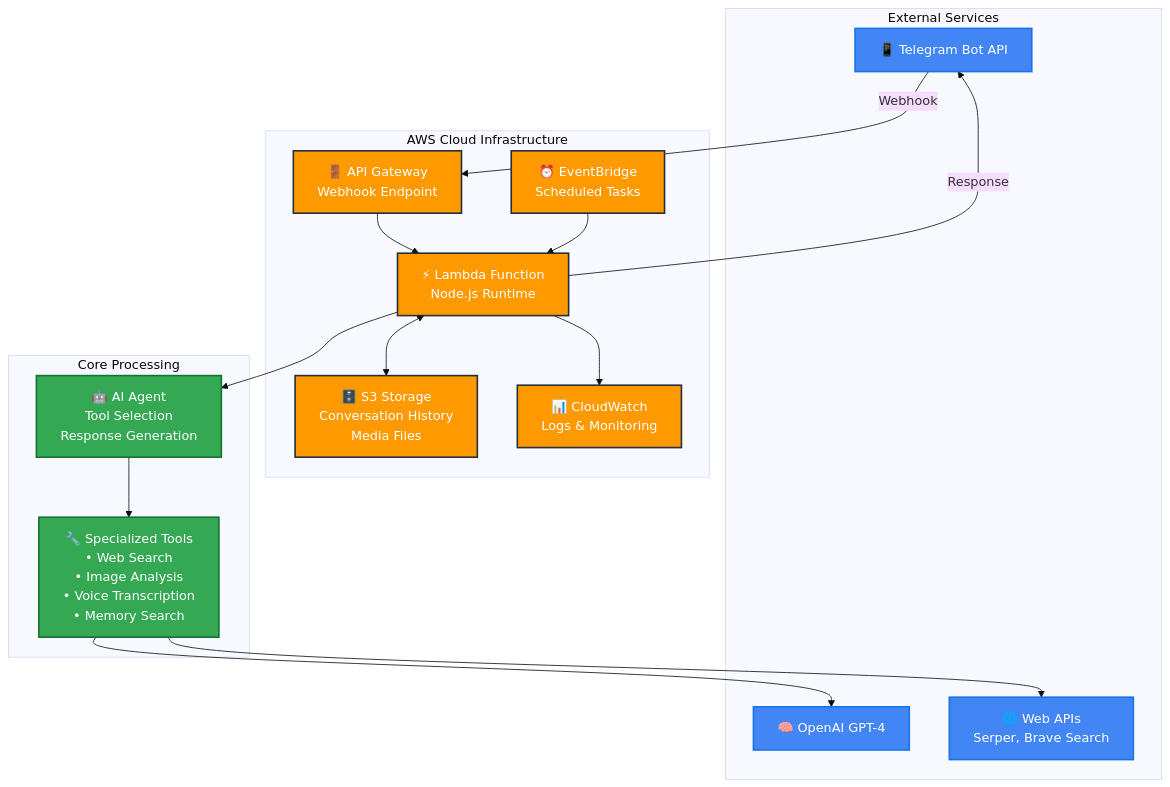
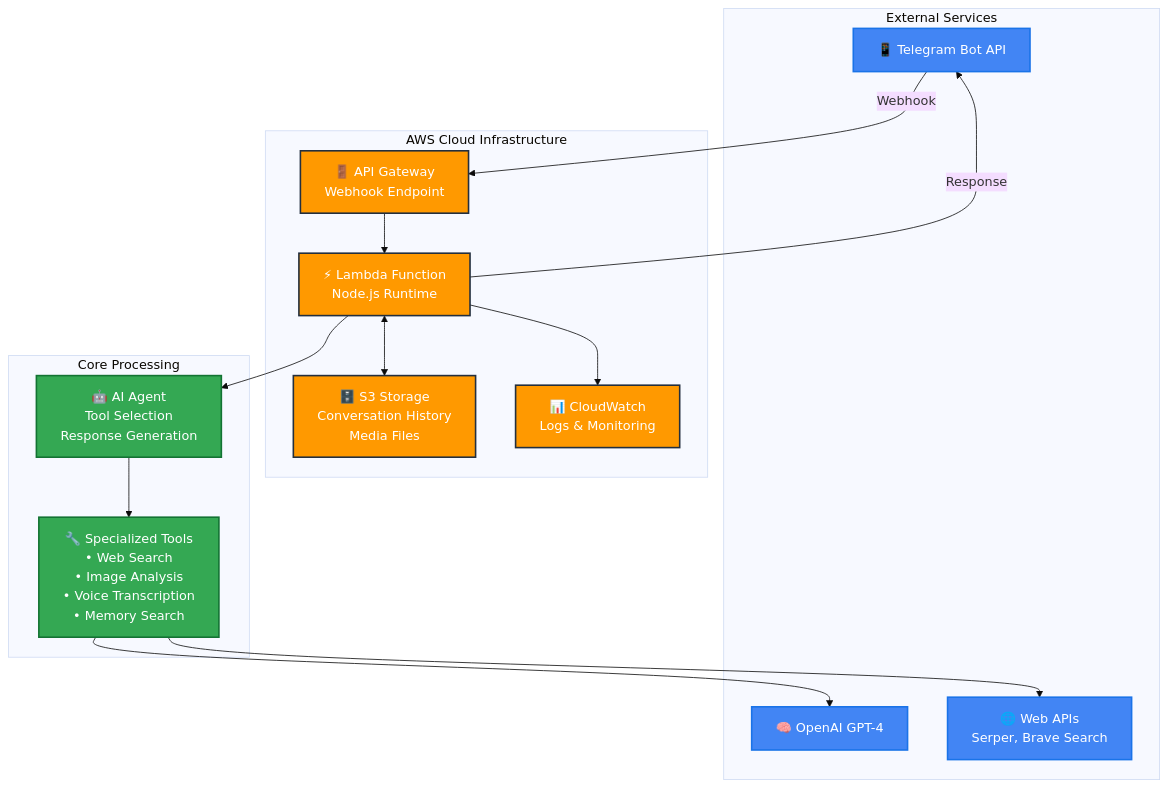
One commit to dnakhla/Everything-Bot changed the first of 2 diagrams in README.md. Above: the diagram before and after it, drawn with Mermaid (base theme). The commit also changed 2 other files, not shown here.

Commit message:
fix: Ensure all bot messages are properly saved to S3 for /clearmessages
- Save initial "Processing..." message to S3 when robot queries start
- Save all messages sent by sendFinalMessages() function
- Save help command and clearmessages command messages to S3
- Remove duplicate saveBotMessage call that was passing wrong parameters
- Fix message tracking so /clearmessages can find and delete all bot messages

This ensures /clearmessages will be able to find and delete all bot messages
since they're now properly stored with their message IDs.

🤖 Generated with [Claude Code](https://claude.ai/code)

````diff
--- a/README.md
+++ b/README.md
@@ -31,42 +31,40 @@
 ```mermaid
 graph TB
     subgraph "External Services"
         TG[📱 Telegram Bot API]
         OAI[🧠 OpenAI GPT-4]
         WEB[🌐 Web APIs<br/>Serper, Brave Search]
     end
     
     subgraph "AWS Cloud Infrastructure"
         APIGW[🚪 API Gateway<br/>Webhook Endpoint]
         LAMBDA[⚡ Lambda Function<br/>Node.js Runtime]
         S3[🗄️ S3 Storage<br/>Conversation History<br/>Media Files]
         CW[📊 CloudWatch<br/>Logs & Monitoring]
-        EB[⏰ EventBridge<br/>Scheduled Tasks]
     end
     
     subgraph "Core Processing"
         AGENT[🤖 AI Agent<br/>Tool Selection<br/>Response Generation]
         TOOLS[🔧 Specialized Tools<br/>• Web Search<br/>• Image Analysis<br/>• Voice Transcription<br/>• Memory Search]
     end
     
     %% Message flow
     TG -->|Webhook| APIGW
     APIGW --> LAMBDA
     LAMBDA --> AGENT
     AGENT --> TOOLS
     TOOLS --> OAI
     TOOLS --> WEB
     LAMBDA <--> S3
     LAMBDA --> CW
-    EB --> LAMBDA
     LAMBDA -->|Response| TG
     
     %% Styling
     classDef aws fill:#ff9900,stroke:#232f3e,stroke-width:2px,color:#fff
     classDef external fill:#4285f4,stroke:#1a73e8,stroke-width:2px,color:#fff
     classDef processing fill:#34a853,stroke:#137333,stroke-width:2px,color:#fff
     
-    class APIGW,LAMBDA,S3,CW,EB aws
+    class APIGW,LAMBDA,S3,CW aws
     class TG,OAI,WEB external
     class AGENT,TOOLS processing
 ```
````
